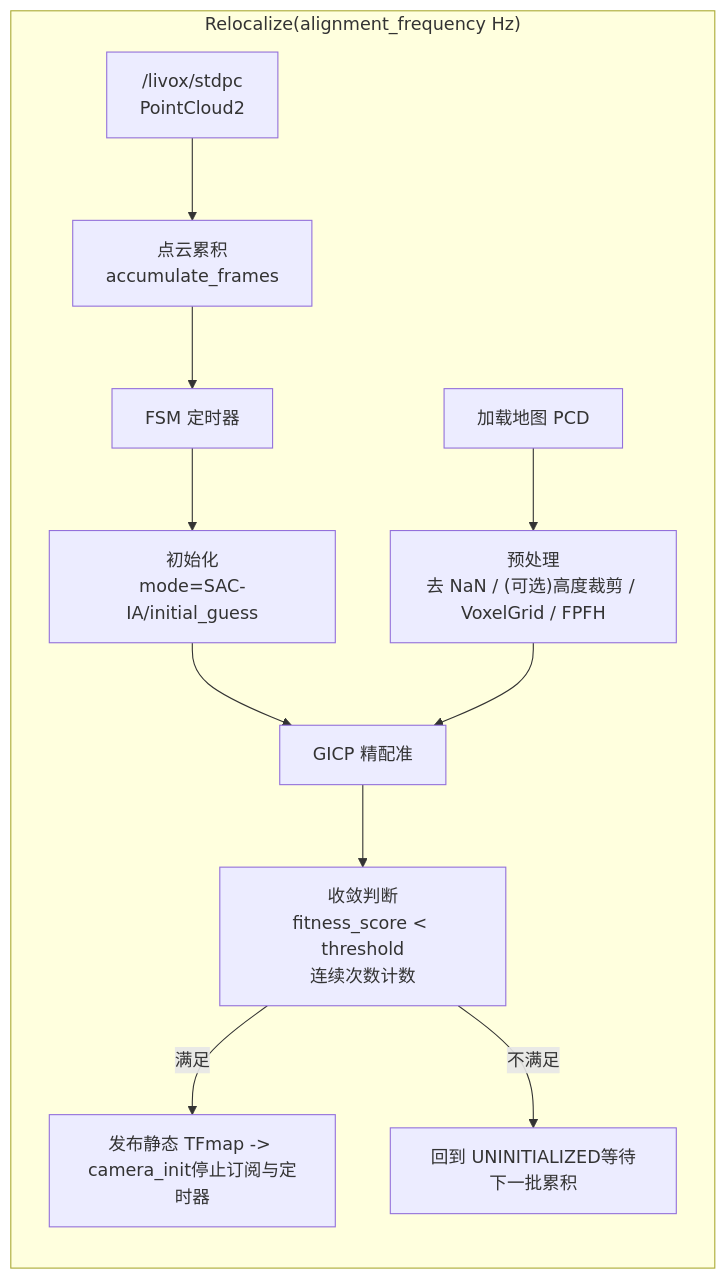
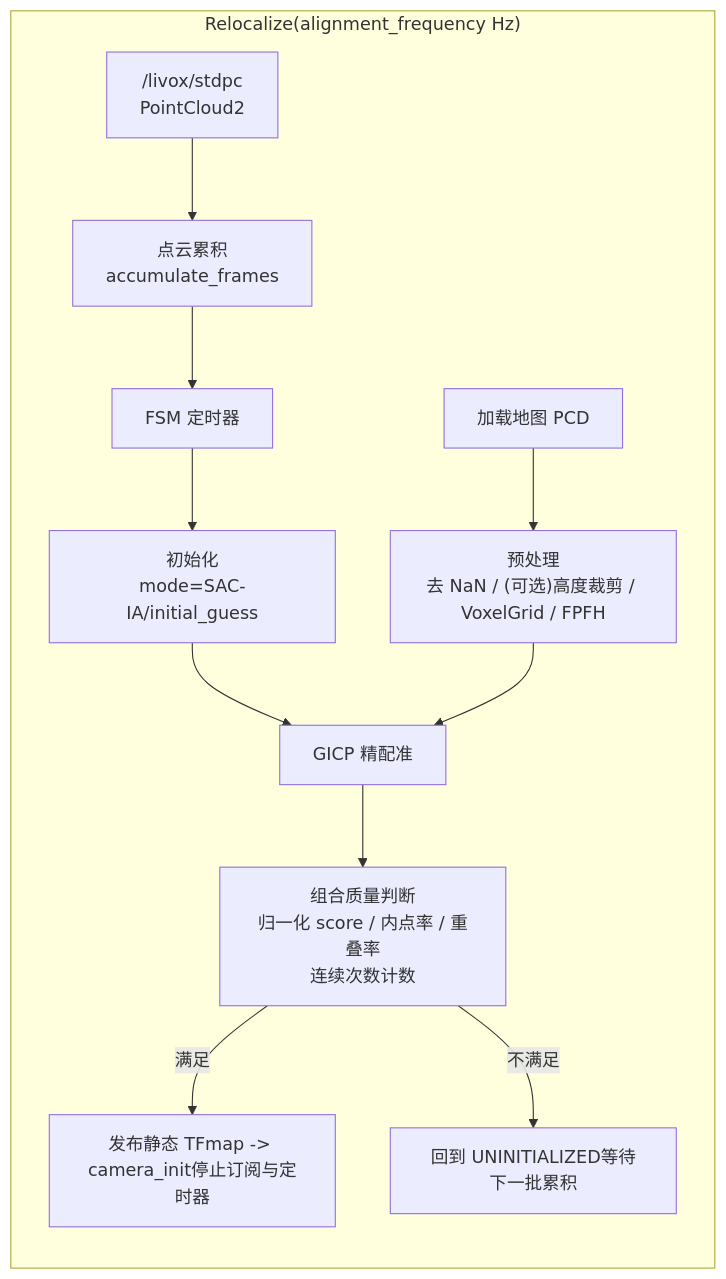
Before and after one commit to Walker152/navi_minco_bit: the diagram in src/perception/icp_relocalization/README.md, drawn with Mermaid. The commit also changed other lines of this file and 11 other files, not shown here.

````diff
--- a/src/perception/icp_relocalization/README.md
+++ b/src/perception/icp_relocalization/README.md
@@ -31,15 +31,15 @@
 ```mermaid
 flowchart RL
         
     subgraph R["Relocalize(alignment_frequency Hz)"]
         K["加载地图 PCD"] --> L["预处理</br>去 NaN / (可选)高度裁剪 / VoxelGrid / FPFH"]
         A["/livox/stdpc</br>PointCloud2"] --> B["点云累积\naccumulate_frames"]
         B --> C["FSM 定时器"]
         C --> D["初始化</br>mode=SAC-IA/initial_guess"]
         D --> E["GICP 精配准"]
-        E --> F["收敛判断</br>fitness_score < threshold</br>连续次数计数"]
+        E --> F["组合质量判断</br>归一化 score / 内点率 / 重叠率</br>连续次数计数"]
         F -->|"满足"| G["发布静态 TFmap -> camera_init停止订阅与定时器"]
         F -->|"不满足"| H["回到 UNINITIALIZED等待下一批累积"]
     end
     L --> E
 ```
````
